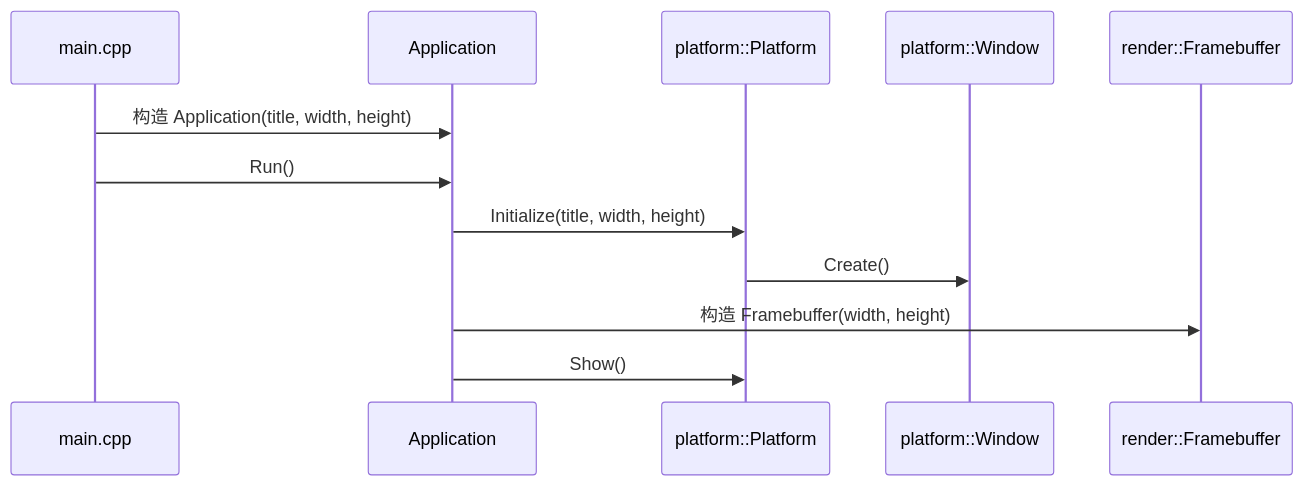
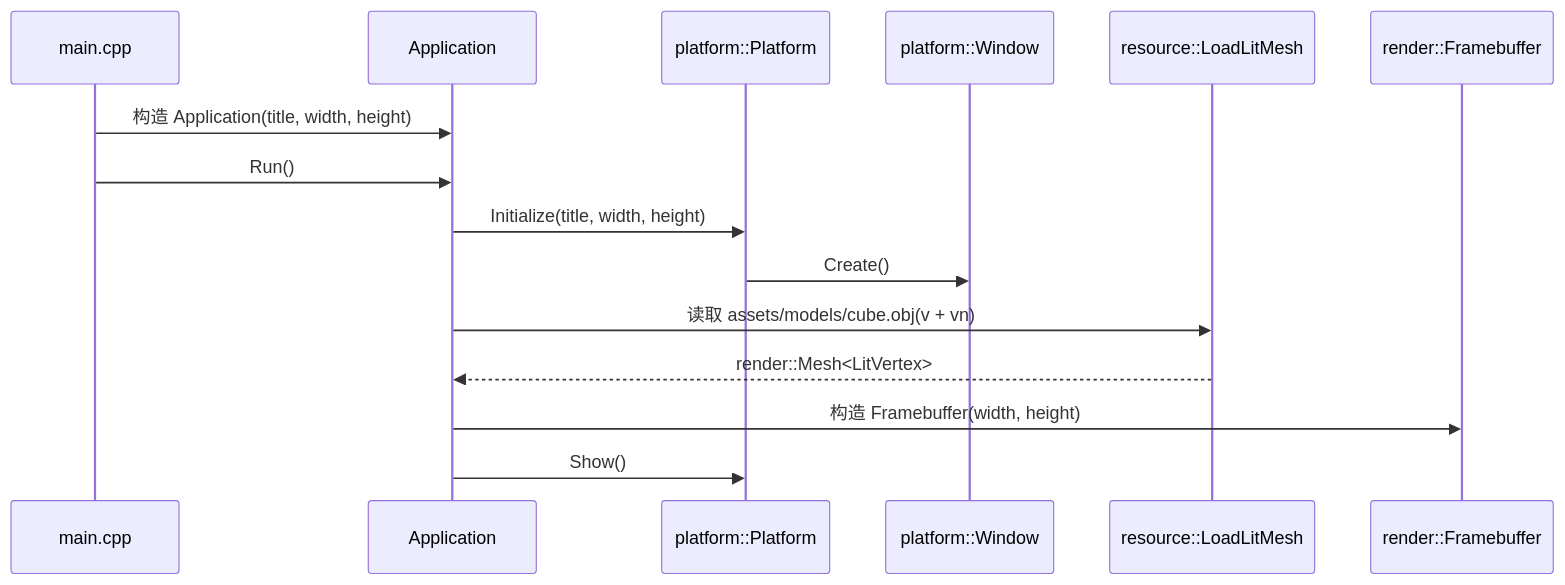
One commit to wanyan1114/softRenderer changed the second of 2 diagrams in docs/architecture/project-architecture.md. Above: the diagram before and after it, drawn with Mermaid. The commit also changed other lines of this file and 68 other files, not shown here.

````diff
--- a/docs/architecture/project-architecture.md
+++ b/docs/architecture/project-architecture.md
@@ -74,15 +80,18 @@
 ```mermaid
 sequenceDiagram
     participant Main as main.cpp
     participant App as Application
     participant Platform as platform::Platform
     participant Window as platform::Window
+    participant Loader as resource::LoadLitMesh
     participant FB as render::Framebuffer
 
     Main->>App: 构造 Application(title, width, height)
     Main->>App: Run()
     App->>Platform: Initialize(title, width, height)
     Platform->>Window: Create()
+    App->>Loader: 读取 assets/models/cube.obj(v + vn)
+    Loader-->>App: render::Mesh<LitVertex>
     App->>FB: 构造 Framebuffer(width, height)
     App->>Platform: Show()
 ```
````
